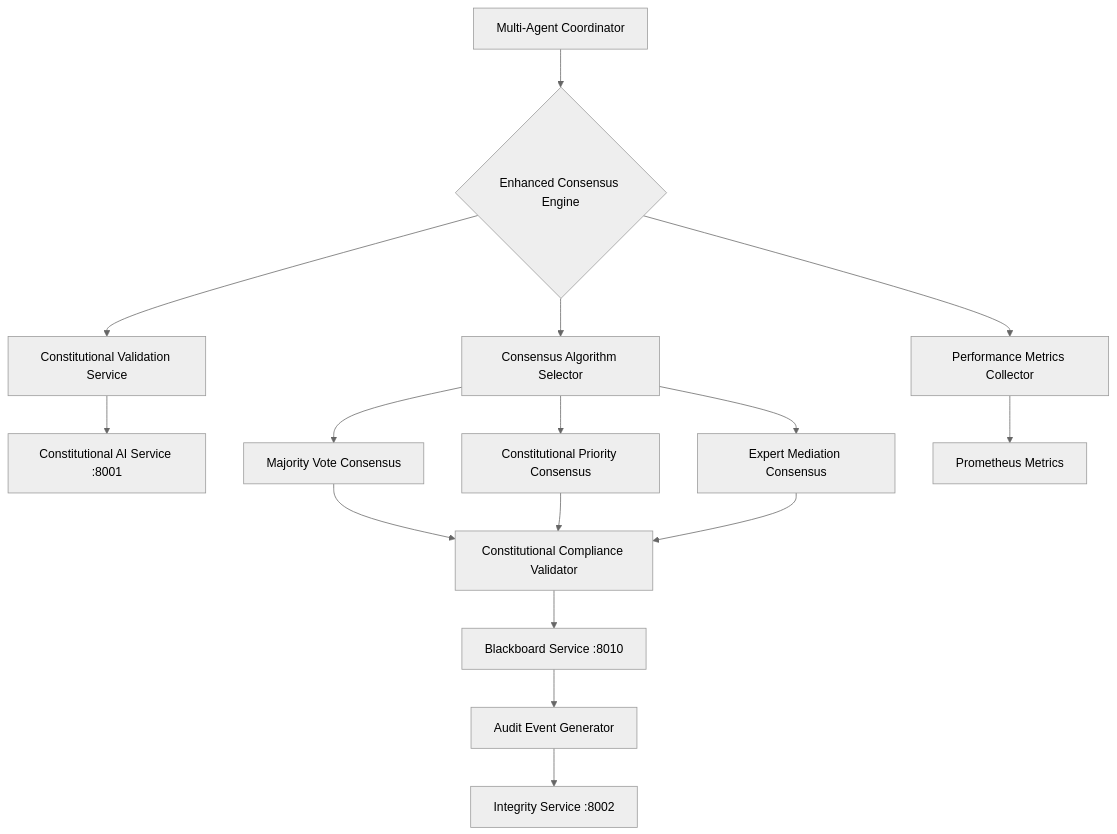
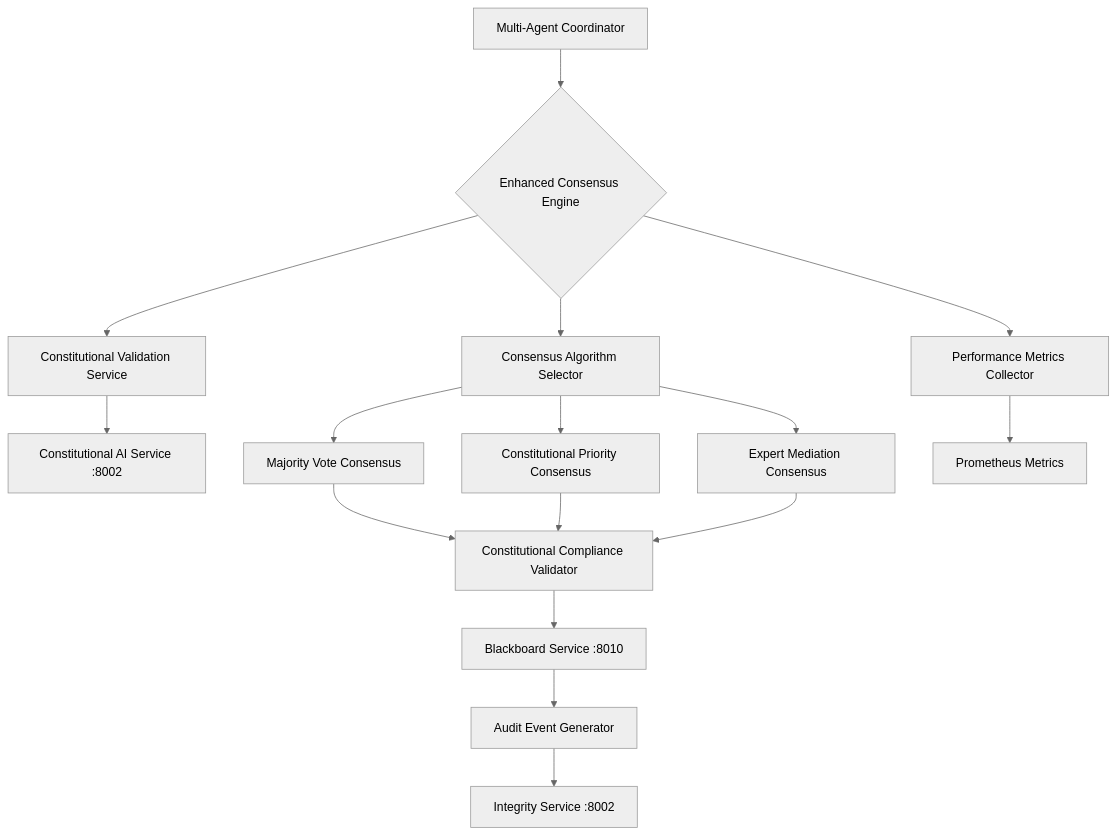
One commit to CA-git-com-co/ACGS changed the diagram in PRPs/examples/EXAMPLE_consensus_engine_enhancement.md. Above: the diagram before and after it, drawn with Mermaid (neutral theme). The commit also changed other lines of this file and 880 other files, not shown here.

````diff
--- a/PRPs/examples/EXAMPLE_consensus_engine_enhancement.md
+++ b/PRPs/examples/EXAMPLE_consensus_engine_enhancement.md
@@ -209,18 +209,18 @@
 ```mermaid
 graph TD
     A[Multi-Agent Coordinator] --> B{Enhanced Consensus Engine}
     B --> C[Constitutional Validation Service]
-    C --> D[Constitutional AI Service :8001]
+    C --> D[Constitutional AI Service :8002]
     B --> E[Consensus Algorithm Selector]
     E --> F[Majority Vote Consensus]
     E --> G[Constitutional Priority Consensus]
     E --> H[Expert Mediation Consensus]
     F --> I[Constitutional Compliance Validator]
     G --> I
     H --> I
     I --> J[Blackboard Service :8010]
     J --> K[Audit Event Generator]
     K --> L[Integrity Service :8002]
     B --> M[Performance Metrics Collector]
     M --> N[Prometheus Metrics]
 ```
````
